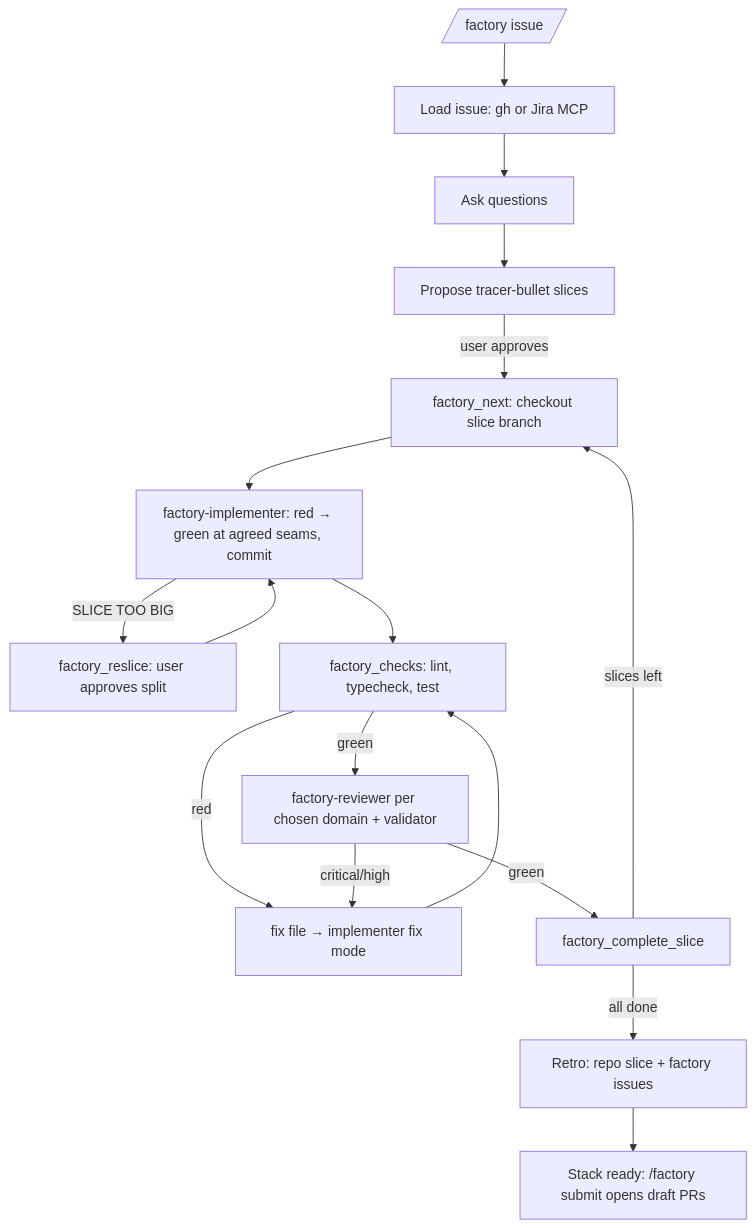
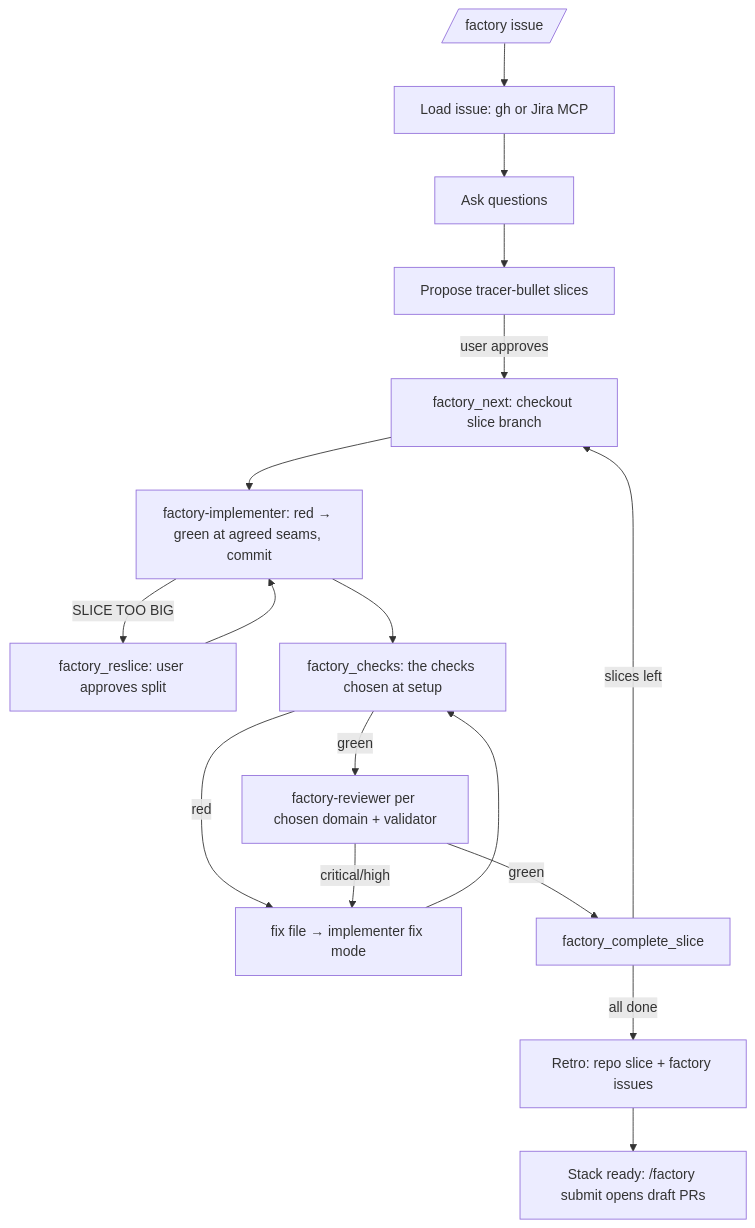
One commit to adrianbrowning/software-factory changed the diagram in README.md. Above: the diagram before and after it, drawn with Mermaid. The commit also changed other lines of this file and 7 other files, not shown here.

````diff
--- a/README.md
+++ b/README.md
@@ -8,19 +8,19 @@
 ```mermaid
 flowchart TD
   A[/factory issue/] --> B[Load issue: gh or Jira MCP]
   B --> C[Ask questions]
   C --> D[Propose tracer-bullet slices]
   D -->|user approves| E[factory_next: checkout slice branch]
   E --> F[factory-implementer: red → green at agreed seams, commit]
   F -->|SLICE TOO BIG| R[factory_reslice: user approves split]
   R --> F
-  F --> G[factory_checks: lint, typecheck, test]
+  F --> G[factory_checks: the checks chosen at setup]
   G -->|red| H[fix file → implementer fix mode]
   H --> G
   G -->|green| I[factory-reviewer per chosen domain + validator]
   I -->|critical/high| H
   I -->|green| J[factory_complete_slice]
   J -->|slices left| E
   J -->|all done| K[Retro: repo slice + factory issues]
   K --> L[Stack ready: /factory submit opens draft PRs]
 ```
````
